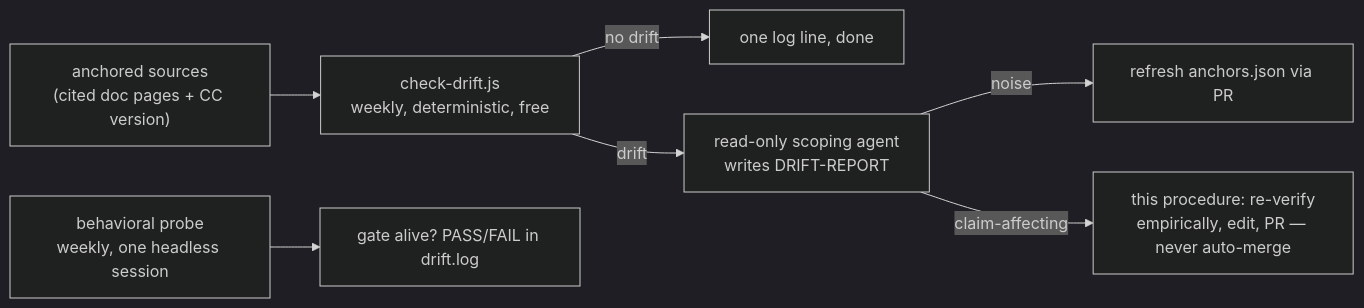
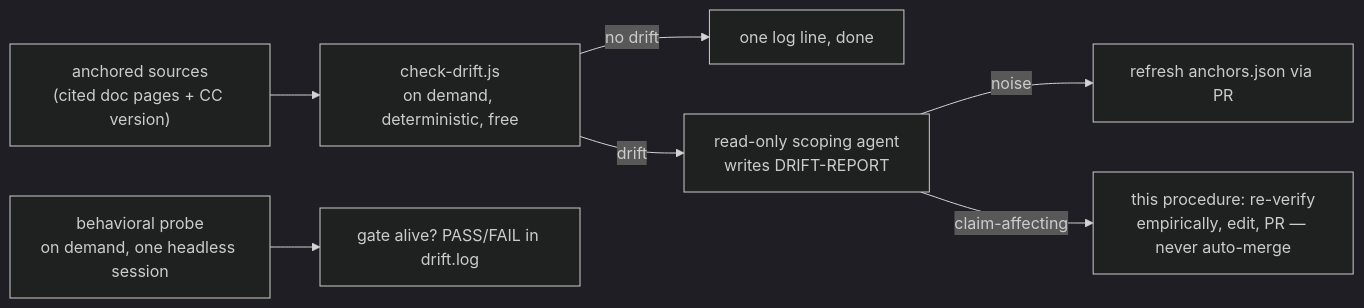
Before and after one commit to TheRealBillSiegler/delegation-tiering: the diagram in docs/REMEDIATION.md, drawn with Mermaid (dark theme). The commit also changed other lines of this file and 7 other files, not shown here.

````diff
--- a/docs/REMEDIATION.md
+++ b/docs/REMEDIATION.md
@@ -9,9 +9,9 @@
 ```mermaid
 flowchart LR
-    SRC["anchored sources<br>(cited doc pages + CC version)"] --> CHK["check-drift.js<br>weekly, deterministic, free"]
+    SRC["anchored sources<br>(cited doc pages + CC version)"] --> CHK["check-drift.js<br>on demand, deterministic, free"]
     CHK -- "no drift" --> LOG["one log line, done"]
     CHK -- "drift" --> SCOPE["read-only scoping agent<br>writes DRIFT-REPORT"]
     SCOPE -- "noise" --> UPD["refresh anchors.json via PR"]
     SCOPE -- "claim-affecting" --> REM["this procedure: re-verify<br>empirically, edit, PR — never auto-merge"]
-    PRB["behavioral probe<br>weekly, one headless session"] --> PP["gate alive? PASS/FAIL in drift.log"]
+    PRB["behavioral probe<br>on demand, one headless session"] --> PP["gate alive? PASS/FAIL in drift.log"]
 ```
````
